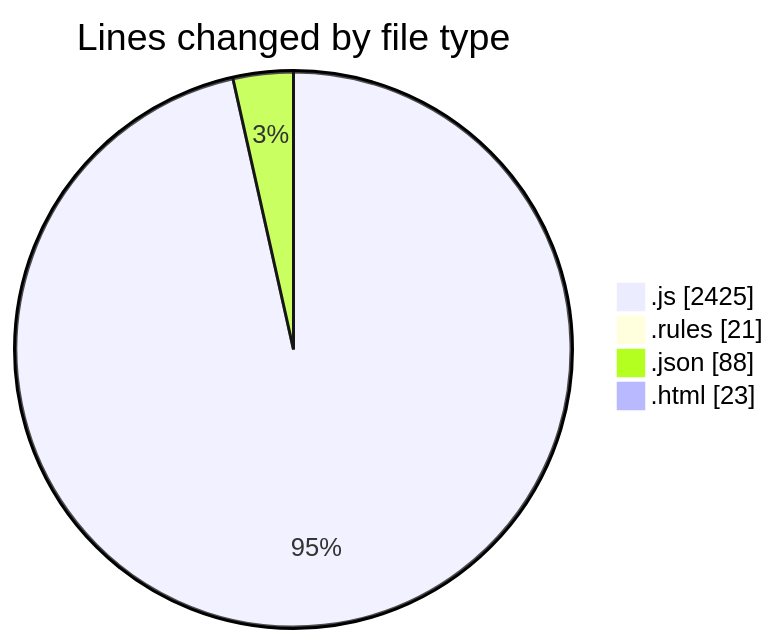
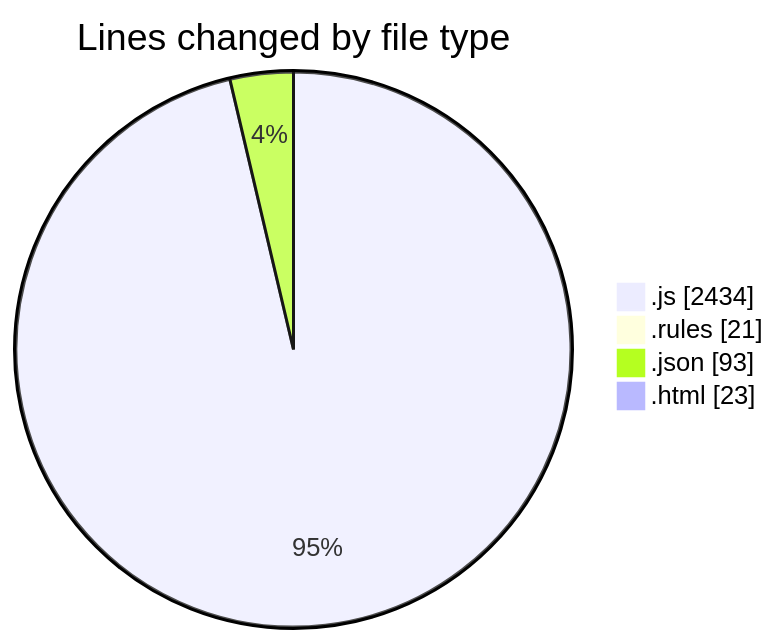
Before and after one commit to lephambinh05/code-tracking: the first of 2 diagrams in 2025-09-01/20m/README.md, drawn with Mermaid. The commit also changed other lines of this file and 1 other file, not shown here.

````diff
--- a/2025-09-01/20m/README.md
+++ b/2025-09-01/20m/README.md
@@ -45,8 +45,8 @@
 ```mermaid
 pie showData
 title Lines changed by file type
-".js" : 2425
+".js" : 2434
 ".rules" : 21
-".json" : 88
+".json" : 93
 ".html" : 23
 ```
````
